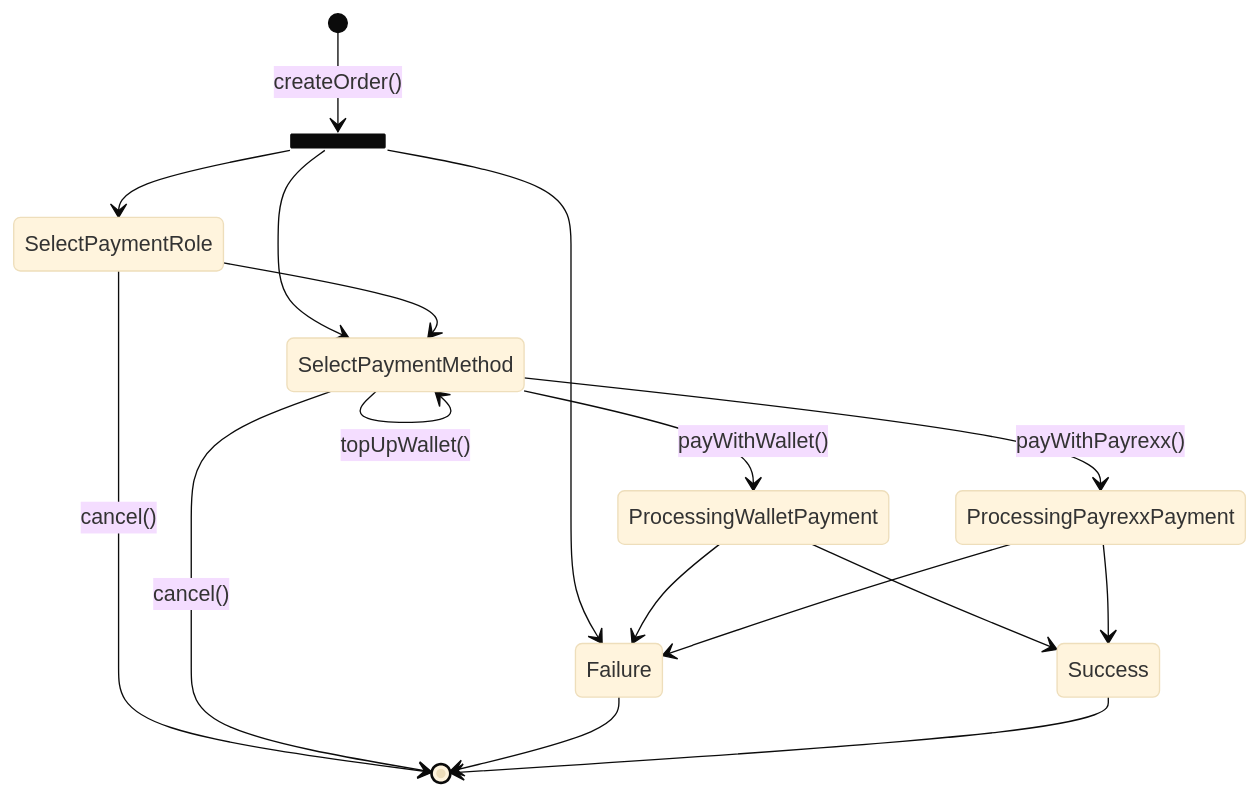
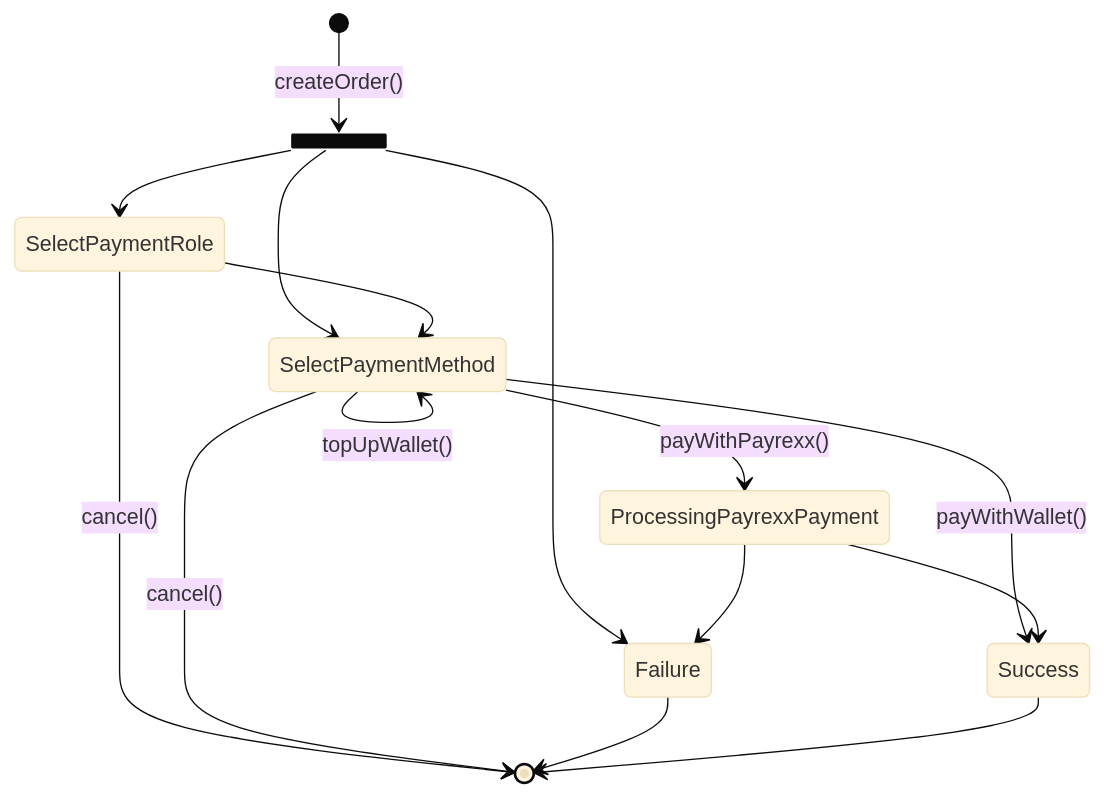
The diagram in doc/statechart-payment.md (quartier-depot/self-checkout), drawn with Mermaid (base theme) before and after one commit. The commit also changed 5 other files, not shown here.

````diff
--- a/doc/statechart-payment.md
+++ b/doc/statechart-payment.md
@@ -1,28 +1,25 @@
 ```mermaid
 
 stateDiagram
     state CreatingOrder <<fork>>
     
     [*] --> CreatingOrder: createOrder()
     
     CreatingOrder --> SelectPaymentRole
     CreatingOrder --> SelectPaymentMethod
     CreatingOrder --> Failure
     
     SelectPaymentRole --> [*]: cancel()
     SelectPaymentRole --> SelectPaymentMethod
     
     SelectPaymentMethod --> SelectPaymentMethod: topUpWallet()
-    SelectPaymentMethod --> ProcessingWalletPayment: payWithWallet()
+    SelectPaymentMethod --> Success: payWithWallet()
     SelectPaymentMethod --> ProcessingPayrexxPayment: payWithPayrexx()
     SelectPaymentMethod --> [*]: cancel()
-
-    ProcessingWalletPayment --> Success
-    ProcessingWalletPayment --> Failure
 
     ProcessingPayrexxPayment --> Success
     ProcessingPayrexxPayment --> Failure
     
     Failure --> [*]
     Success --> [*]
 ```
````
